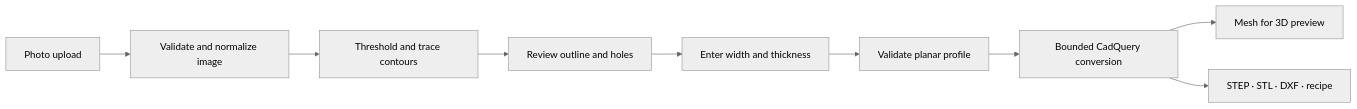
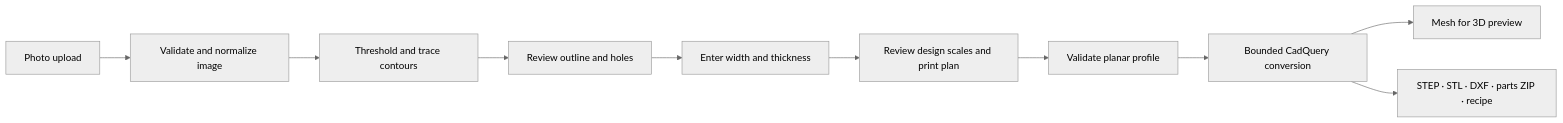
The diagram in docs/architecture.md (bartytime4life/Pictures-to-3D-CAD-Models), drawn with Mermaid (neutral theme) before and after one commit. The commit also changed other lines of this file and 45 other files, not shown here.

````diff
--- a/docs/architecture.md
+++ b/docs/architecture.md
@@ -5,11 +5,12 @@
 ```mermaid
 flowchart LR
     A[Photo upload] --> B[Validate and normalize image]
     B --> C[Threshold and trace contours]
     C --> D[Review outline and holes]
     D --> E[Enter width and thickness]
-    E --> F[Validate planar profile]
+    E --> J[Review design scales and print plan]
+    J --> F[Validate planar profile]
     F --> G[Bounded CadQuery conversion]
     G --> H[Mesh for 3D preview]
-    G --> I[STEP · STL · DXF · recipe]
+    G --> I[STEP · STL · DXF · parts ZIP · recipe]
 ```
````
